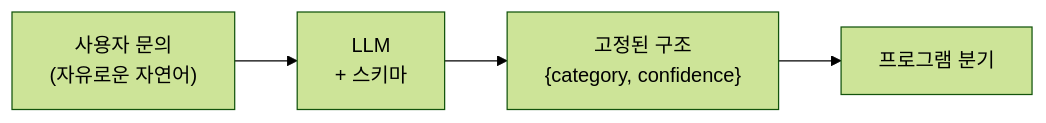
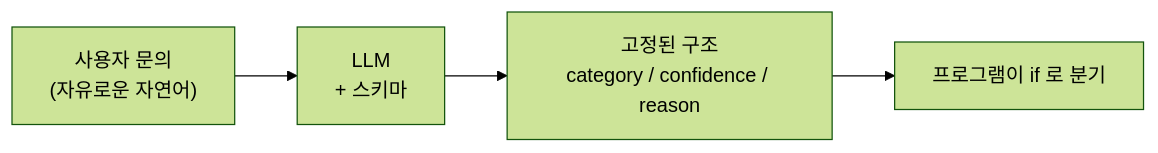
The first of 2 diagrams in ch01_llm-decision/01-02_LLM을 기반으로 의사결정하다.md (ff-1204/ai-agent), drawn with Mermaid (forest theme) before and after one commit. The commit also changed other lines of this file and 4 other files, not shown here.

````diff
--- a/ch01_llm-decision/01-02_LLM을 기반으로 의사결정하다.md
+++ b/ch01_llm-decision/01-02_LLM을 기반으로 의사결정하다.md
@@ -88,6 +129,6 @@
 ```mermaid
 graph LR
     A["사용자 문의<br/>(자유로운 자연어)"] --> B["LLM<br/>+ 스키마"]
-    B --> C["고정된 구조<br/>{category, confidence}"]
-    C --> D["프로그램 분기"]
+    B --> C["고정된 구조<br/>category / confidence / reason"]
+    C --> D["프로그램이 if 로 분기"]
 ```
````
